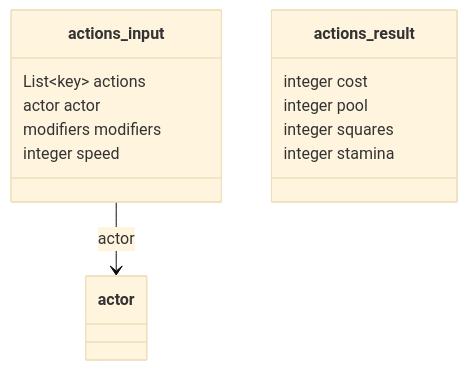
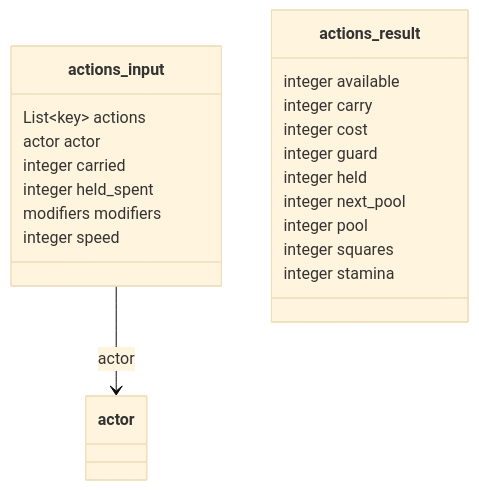
The third of 29 diagrams in docs/backend/contract-diagram.md (SETA1609/riftweave-core), drawn with Mermaid (base theme) before and after one commit. The commit also changed 7 other files, not shown here.

First line of the commit message:
GD_S19_05 Implementation: pool.carry 2 and pool.guard_per_ap 5; actions gives held, guard, carry, next_pool

````diff
--- a/docs/backend/contract-diagram.md
+++ b/docs/backend/contract-diagram.md
@@ -157,17 +157,24 @@
 ```mermaid
 classDiagram
     class actions_input {
         List~key~ actions
         actor actor
+        integer carried
+        integer held_spent
         modifiers modifiers
         integer speed
     }
     class actions_result {
+        integer available
+        integer carry
         integer cost
+        integer guard
+        integer held
+        integer next_pool
         integer pool
         integer squares
         integer stamina
     }
     class actor
     actions_input --> actor : actor
 ```
````
